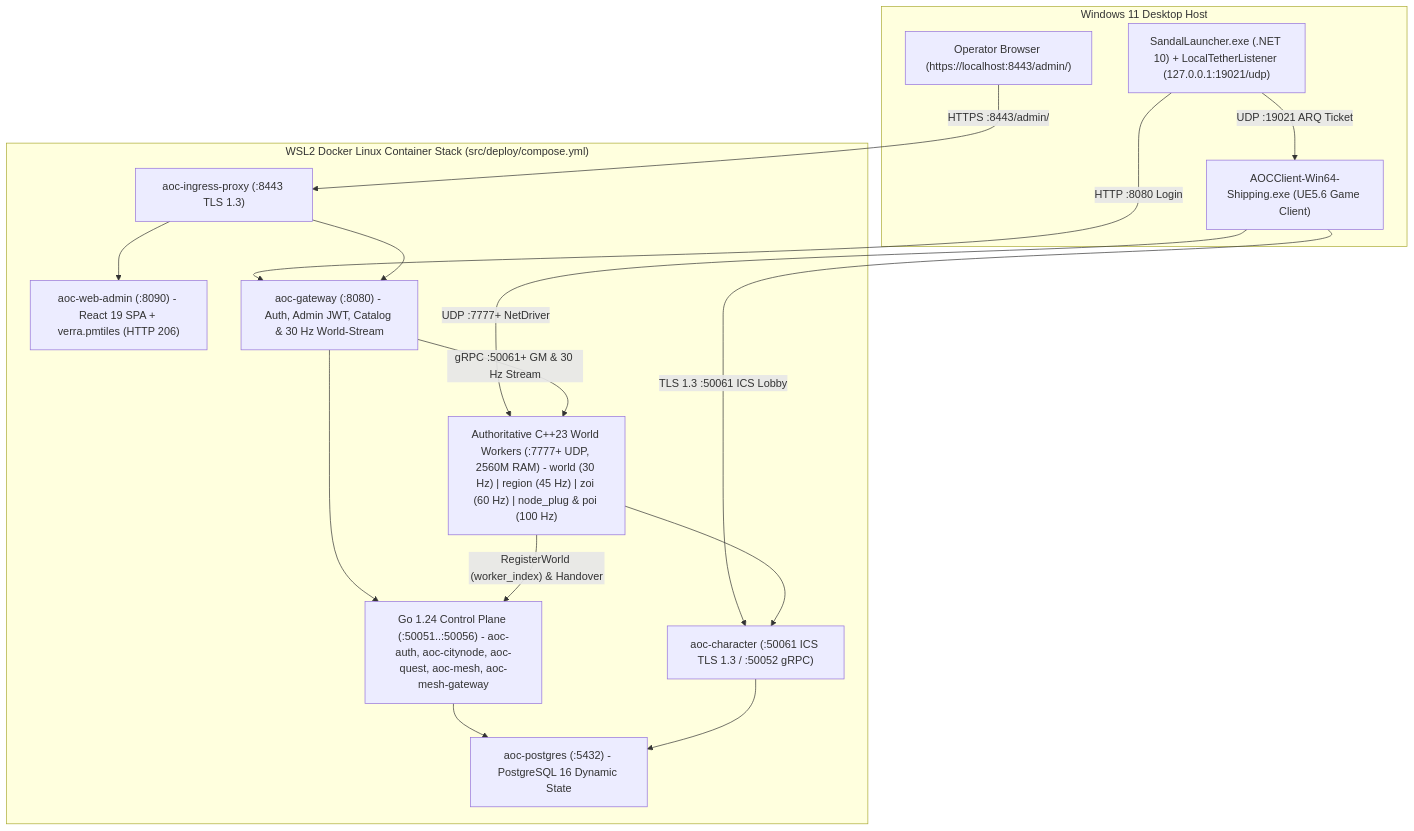
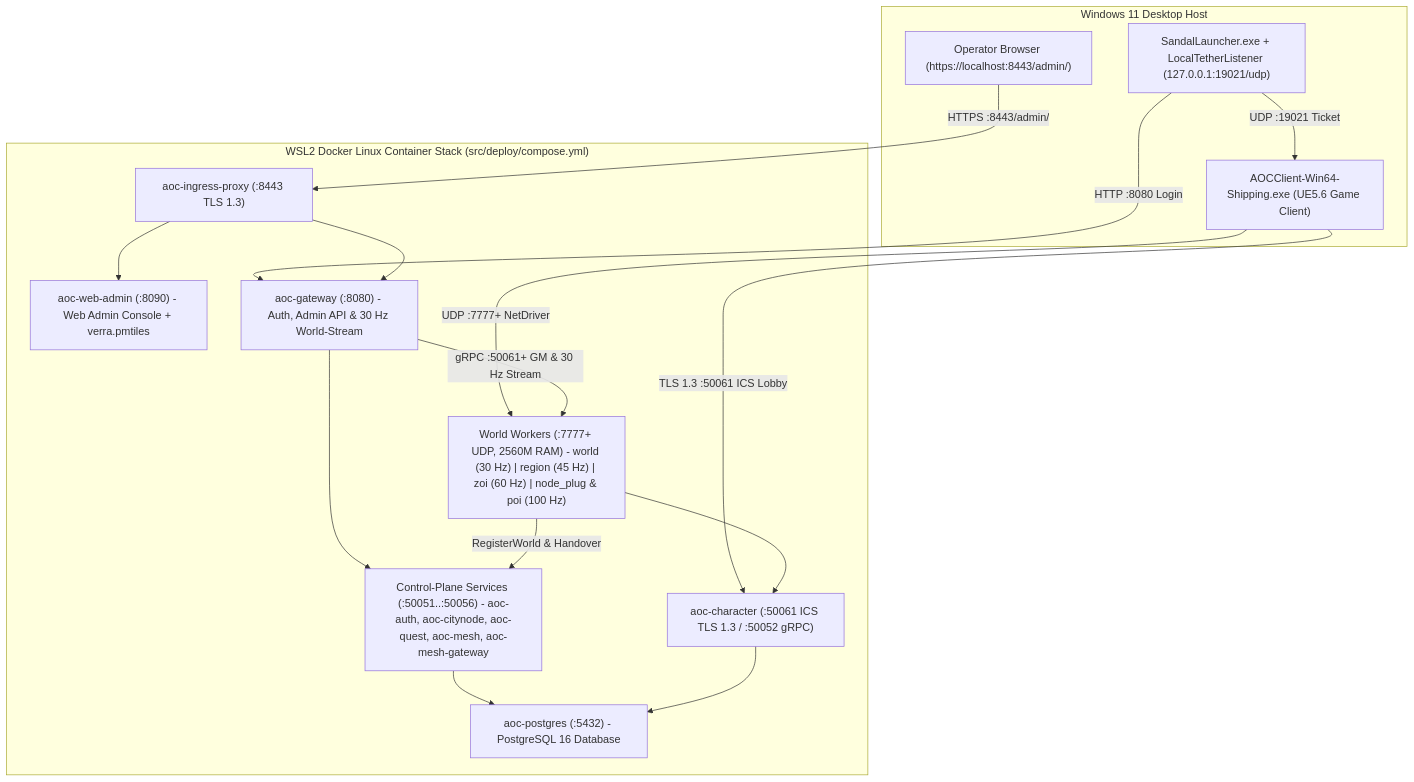
Before and after one commit to debuggin/SandalCore: the second of 2 diagrams in README.md, drawn with Mermaid. The commit also changed other lines of this file and 222 other files, not shown here.

First line of the commit message:
feat(web-admin): refine map POI labels, calendar, logs, and world state

````diff
--- a/README.md
+++ b/README.md
@@ -146,32 +160,32 @@
 ```mermaid
 flowchart TB
     subgraph WindowsHost["Windows 11 Desktop Host"]
         UE5["AOCClient-Win64-Shipping.exe (UE5.6 Game Client)"]
-        Launcher["SandalLauncher.exe (.NET 10) + LocalTetherListener (127.0.0.1:19021/udp)"]
+        Launcher["SandalLauncher.exe + LocalTetherListener (127.0.0.1:19021/udp)"]
         Browser["Operator Browser (https://localhost:8443/admin/)"]
     end
 
     subgraph LinuxContainers["WSL2 Docker Linux Container Stack (src/deploy/compose.yml)"]
         Ingress["aoc-ingress-proxy (:8443 TLS 1.3)"]
-        WebAdmin["aoc-web-admin (:8090) - React 19 SPA + verra.pmtiles (HTTP 206)"]
-        Gateway["aoc-gateway (:8080) - Auth, Admin JWT, Catalog & 30 Hz World-Stream"]
+        WebAdmin["aoc-web-admin (:8090) - Web Admin Console + verra.pmtiles"]
+        Gateway["aoc-gateway (:8080) - Auth, Admin API & 30 Hz World-Stream"]
         Character["aoc-character (:50061 ICS TLS 1.3 / :50052 gRPC)"]
-        ControlPlane["Go 1.24 Control Plane (:50051..:50056) - aoc-auth, aoc-citynode, aoc-quest, aoc-mesh, aoc-mesh-gateway"]
-        Workers["Authoritative C++23 World Workers (:7777+ UDP, 2560M RAM) - world (30 Hz) | region (45 Hz) | zoi (60 Hz) | node_plug & poi (100 Hz)"]
-        Postgres["aoc-postgres (:5432) - PostgreSQL 16 Dynamic State"]
+        ControlPlane["Control-Plane Services (:50051..:50056) - aoc-auth, aoc-citynode, aoc-quest, aoc-mesh, aoc-mesh-gateway"]
+        Workers["World Workers (:7777+ UDP, 2560M RAM) - world (30 Hz) | region (45 Hz) | zoi (60 Hz) | node_plug & poi (100 Hz)"]
+        Postgres["aoc-postgres (:5432) - PostgreSQL 16 Database"]
     end
 
     Launcher -->|"HTTP :8080 Login"| Gateway
-    Launcher -->|"UDP :19021 ARQ Ticket"| UE5
+    Launcher -->|"UDP :19021 Ticket"| UE5
     Browser -->|"HTTPS :8443/admin/"| Ingress
     Ingress --> WebAdmin
     Ingress --> Gateway
     UE5 -->|"TLS 1.3 :50061 ICS Lobby"| Character
     UE5 -->|"UDP :7777+ NetDriver"| Workers
     Gateway --> ControlPlane
     Gateway -->|"gRPC :50061+ GM & 30 Hz Stream"| Workers
-    Workers -->|"RegisterWorld (worker_index) & Handover"| ControlPlane
+    Workers -->|"RegisterWorld & Handover"| ControlPlane
     Workers --> Character
     ControlPlane --> Postgres
     Character --> Postgres
 ```
````
